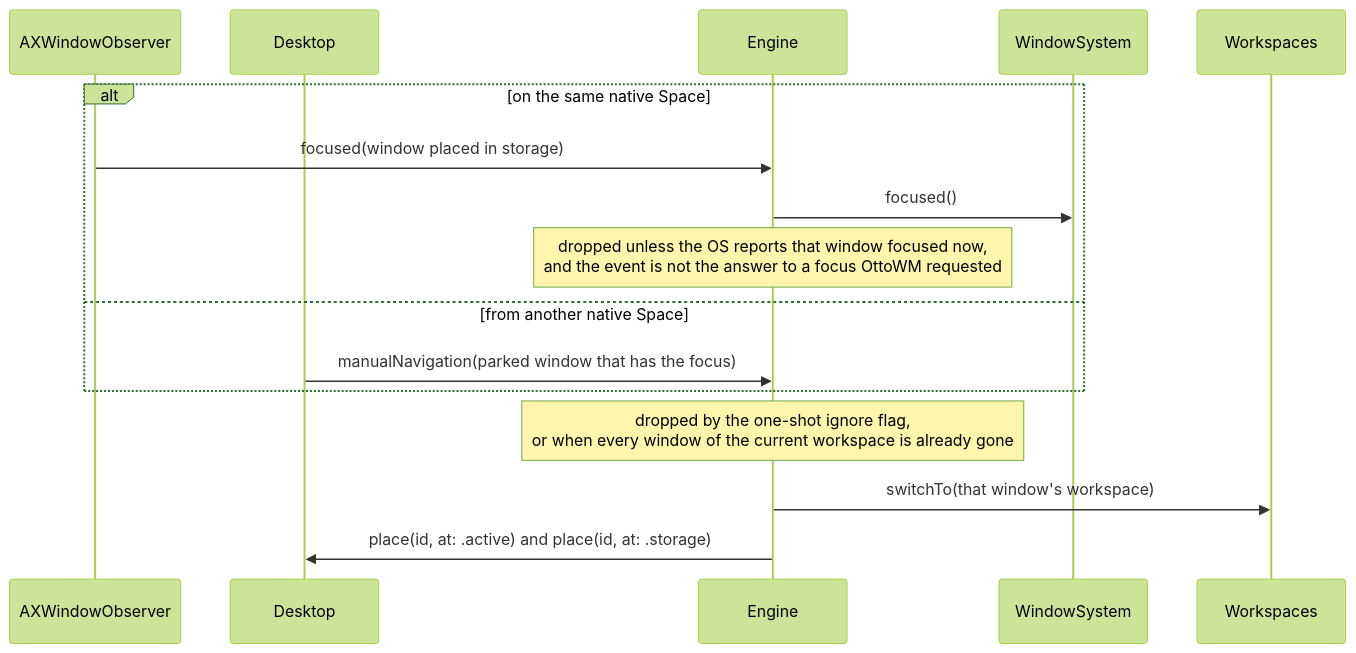
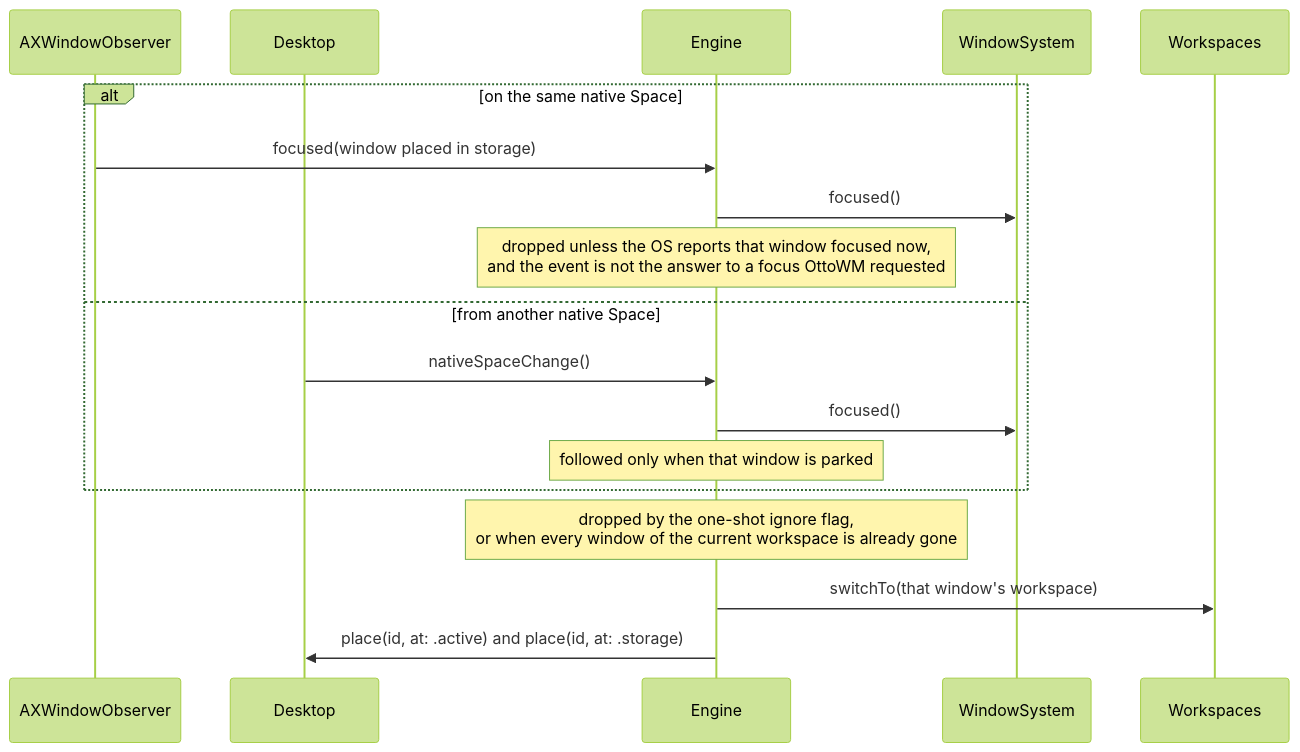
Diagram 11 of 17 in ARCHITECTURE.md (brennovich/ottowm), drawn with Mermaid (forest theme) before and after one commit. The commit also changed other lines of this file and 23 other files, not shown here.

First line of the commit message:
Move the parked window state into the model

````diff
--- a/ARCHITECTURE.md
+++ b/ARCHITECTURE.md
@@ -224,19 +231,21 @@
 ```mermaid
 sequenceDiagram
     participant AXWindowObserver
     participant Desktop
     participant Engine
     participant WindowSystem
     participant Workspaces
 
     alt on the same native Space
         AXWindowObserver->>Engine: focused(window placed in storage)
         Engine->>WindowSystem: focused()
         Note over Engine: dropped unless the OS reports that window focused now,<br/>and the event is not the answer to a focus OttoWM requested
     else from another native Space
-        Desktop->>Engine: manualNavigation(parked window that has the focus)
+        Desktop->>Engine: nativeSpaceChange()
+        Engine->>WindowSystem: focused()
+        Note over Engine: followed only when that window is parked
     end
     Note over Engine: dropped by the one-shot ignore flag,<br/>or when every window of the current workspace is already gone
     Engine->>Workspaces: switchTo(that window's workspace)
     Engine->>Desktop: place(id, at: .active) and place(id, at: .storage)
 ```
````
